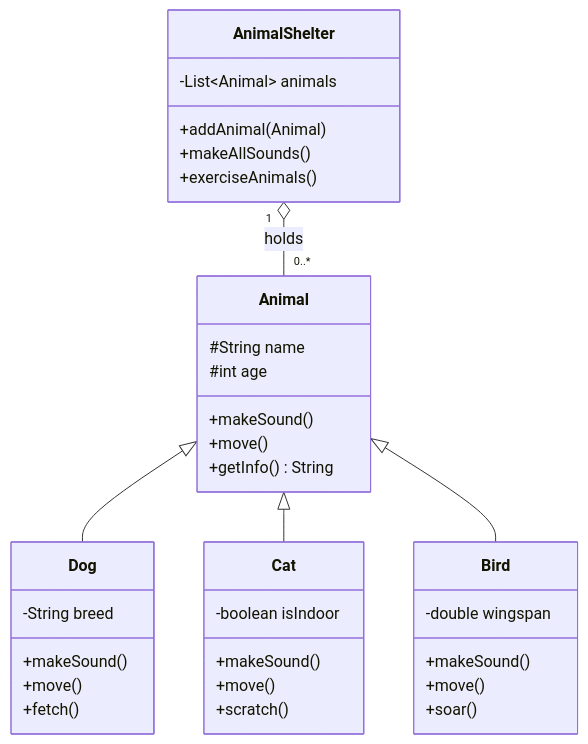
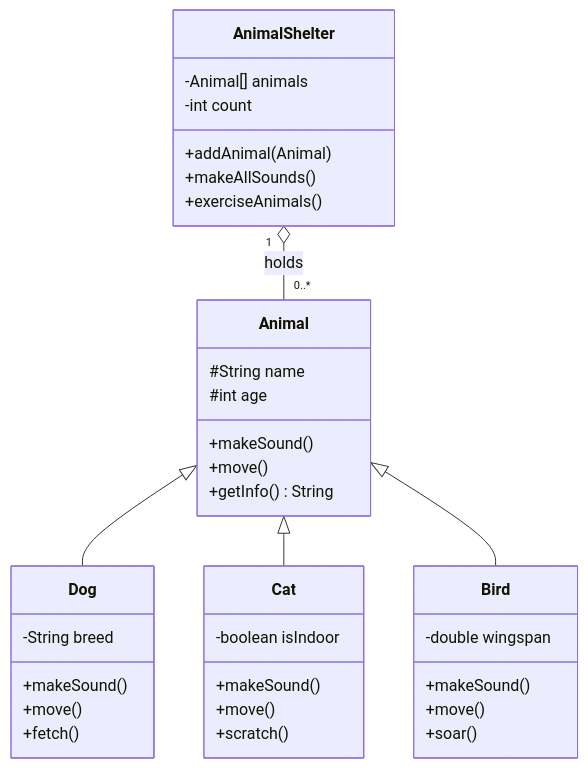
One commit to danielcregg/object-oriented-computing changed the third of 3 diagrams in labs/src/ie/atu/polymorphism/README.md. Above: the diagram before and after it, drawn with Mermaid. The commit also changed other lines of this file and 10 other files, not shown here.

````diff
--- a/labs/src/ie/atu/polymorphism/README.md
+++ b/labs/src/ie/atu/polymorphism/README.md
@@ -406,39 +408,40 @@
 ```mermaid
 classDiagram
     Animal <|-- Dog
     Animal <|-- Cat
     Animal <|-- Bird
     AnimalShelter "1" o-- "0..*" Animal : holds
 
     class Animal {
         #String name
         #int age
         +makeSound()
         +move()
         +getInfo() String
     }
     class Dog {
         -String breed
         +makeSound()
         +move()
         +fetch()
     }
     class Cat {
         -boolean isIndoor
         +makeSound()
         +move()
         +scratch()
     }
     class Bird {
         -double wingspan
         +makeSound()
         +move()
         +soar()
     }
     class AnimalShelter {
-        -List~Animal~ animals
+        -Animal[] animals
+        -int count
         +addAnimal(Animal)
         +makeAllSounds()
         +exerciseAnimals()
     }
 ```
````
